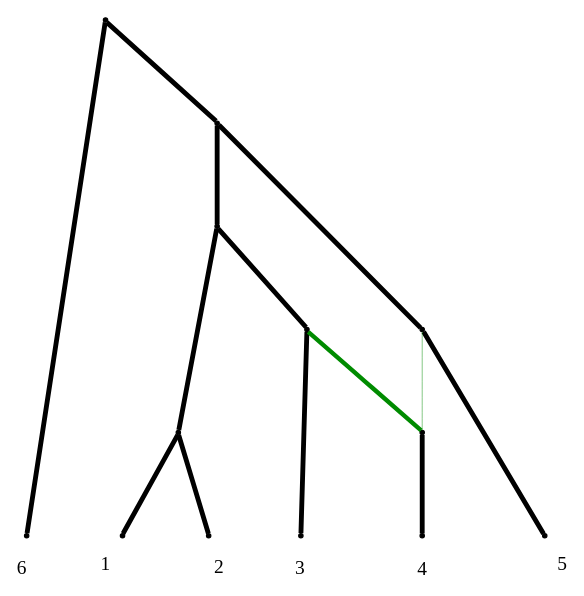
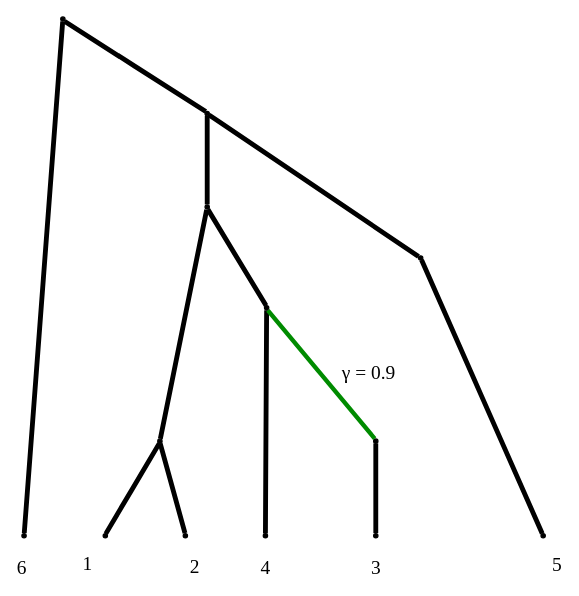
The diagram in drawCF.dot (JuliaPhylo/PhyloNetworks.jl), drawn with Graphviz before and after one commit. The commit also changed 3 other files, not shown here.

```diff
--- a/drawCF.dot
+++ b/drawCF.dot
@@ -1,63 +1,64 @@
 Graph Phylogeny { 
     labelloc=b 
     ratio="fill"; 
     size="6 ,8 !"; 
     nodesep=0.5; 
     splines=false; 
     edge [fontsize=16.0]; 
     node [shape = point] 
     rank=max -1 
   subgraph    { 1 , 2 , 3 , 4 , 6 , 7 } 
     1 [label=1] [shape = point] 
     2 [label=2] [shape = point] 
     3 [label=3] [shape = point] 
     4 [label=4] [shape = point] 
     6 [label=6] [shape = point] 
     7 [label=7] [shape = point] 
  
      -1 -- -2
                                   [penwidth=4]; 
      -2 -- -3
                                   [penwidth=4]; 
      -3 -- -4
                                   [penwidth=4]; 
      -4 -- 1
                                   [headlabel=1]
                                   [labeldistance=3.0]
                                   [labelangle=180.0]
                                   [penwidth=4]; 
      -4 -- 2
                                   [headlabel=2]
                                   [labeldistance=3.0]
                                   [labelangle=180.0]
                                   [penwidth=4]; 
      -3 -- -5
                                   [penwidth=4]; 
      -5 -- 3
-                                  [headlabel=3]
+                                  [headlabel=4]
                                   [labeldistance=3.0]
                                   [labelangle=180.0]
                                   [penwidth=4]; 
    -5 -- 5
                                   [color=green4]
-                                  [penwidth=3.6]     5 -- 4
-                                  [headlabel=4]
+                                  [penwidth=3.6]
+                                  [label=" &gamma; = 0.9"]
+                                  [labeldistance = 3.5]
+                                  [labelangle=45.0]; 
+     5 -- 4
+                                  [headlabel=3]
                                   [labeldistance=3.0]
                                   [labelangle=180.0]
                                   [penwidth=4]; 
      -2 -- -7
                                   [penwidth=4]; 
-   -7 -- 5
-                                  [color=green4]
-                                  [penwidth=0.4]; 
      -7 -- 6
                                   [headlabel=5]
                                   [labeldistance=3.0]
                                   [labelangle=180.0]
                                   [penwidth=4]; 
      -1 -- 7
                                   [headlabel=6]
                                   [labeldistance=3.0]
                                   [labelangle=180.0]
                                   [penwidth=4]; 
 }
```
